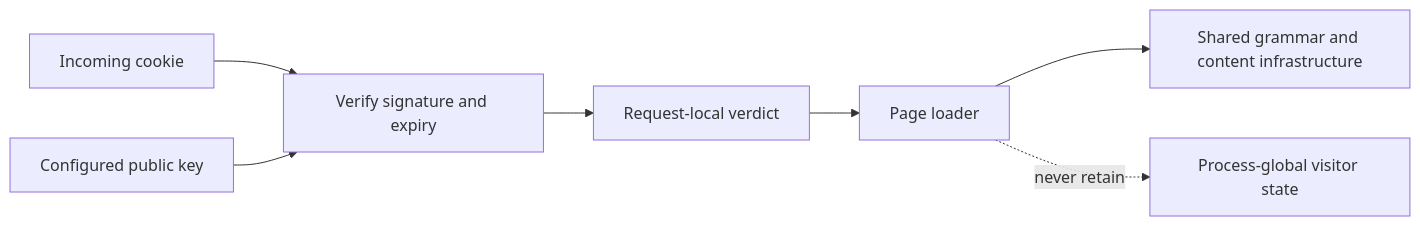
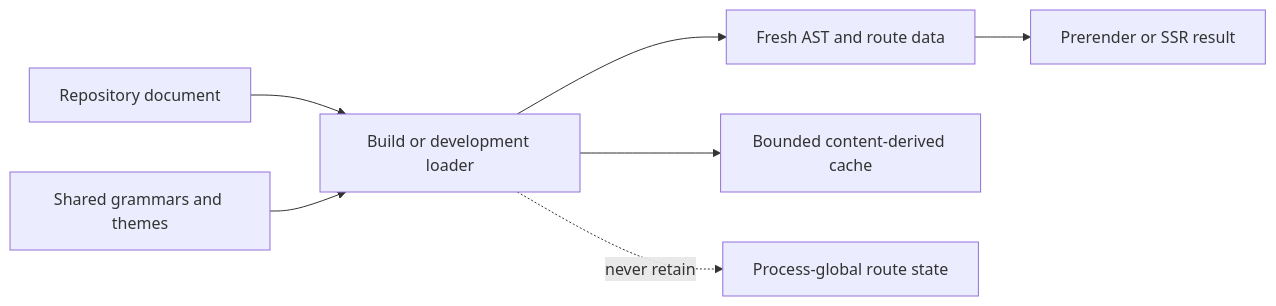
One commit to awpala/financial-calculators changed the second of 3 diagrams in docs/adrs/objects-lifetime-management.md. Above: the diagram before and after it, drawn with Mermaid. The commit also changed other lines of this file and 22 other files, not shown here.

````diff
--- a/docs/adrs/objects-lifetime-management.md
+++ b/docs/adrs/objects-lifetime-management.md
@@ -82,9 +81,9 @@
 ```mermaid
 flowchart LR
-  REQUEST[Incoming cookie] --> VERIFY[Verify signature and expiry]
-  VERIFY --> LOCAL[Request-local verdict]
-  LOCAL --> LOADER[Page loader]
-  PUBLIC[Configured public key] --> VERIFY
-  LOADER --> INFRA[Shared grammar and content infrastructure]
-  LOADER -. never retain .-> IDENTITY[Process-global visitor state]
+  SOURCE[Repository document] --> LOADER[Build or development loader]
+  LOADER --> LOCAL[Fresh AST and route data]
+  LOCAL --> OUTPUT[Prerender or SSR result]
+  INFRA[Shared grammars and themes] --> LOADER
+  LOADER --> CACHE[Bounded content-derived cache]
+  LOADER -. never retain .-> STATE[Process-global route state]
 ```
````
